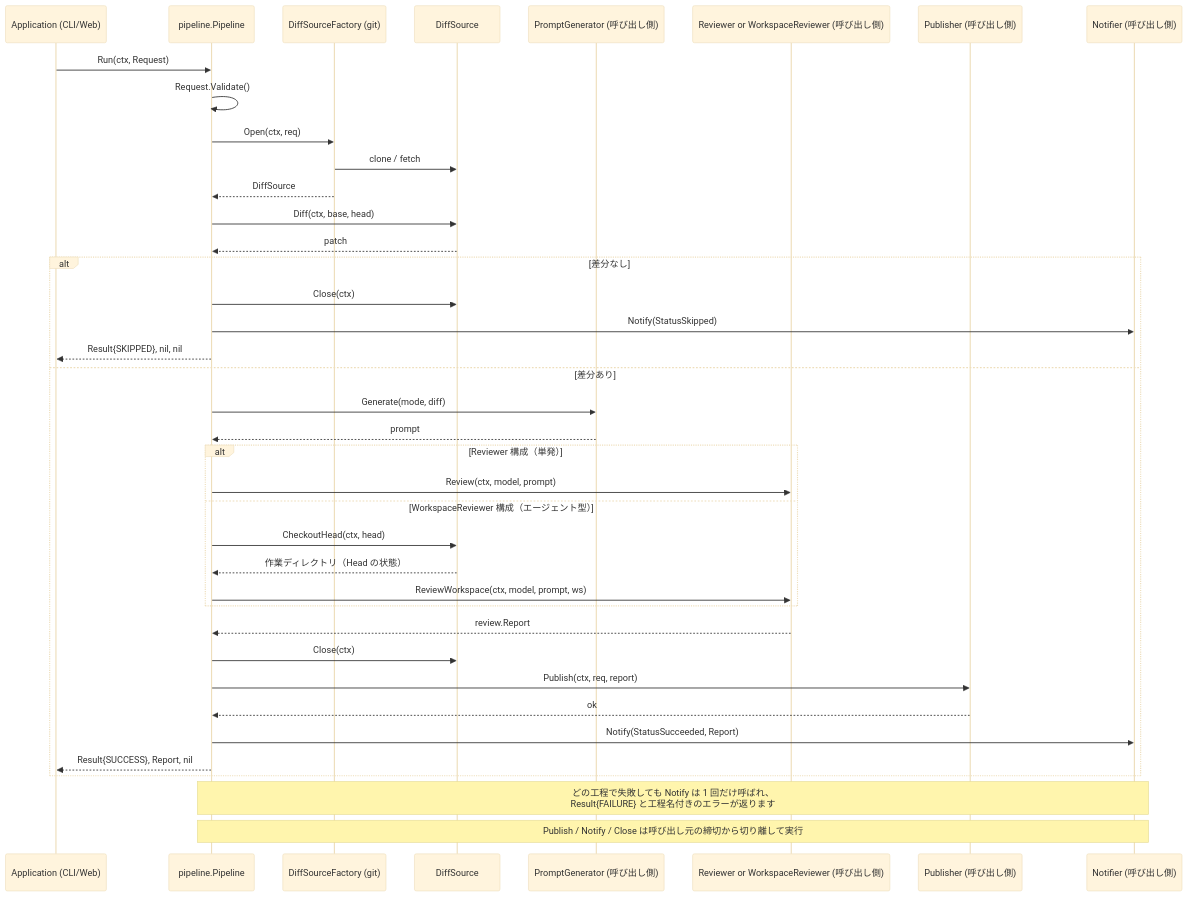
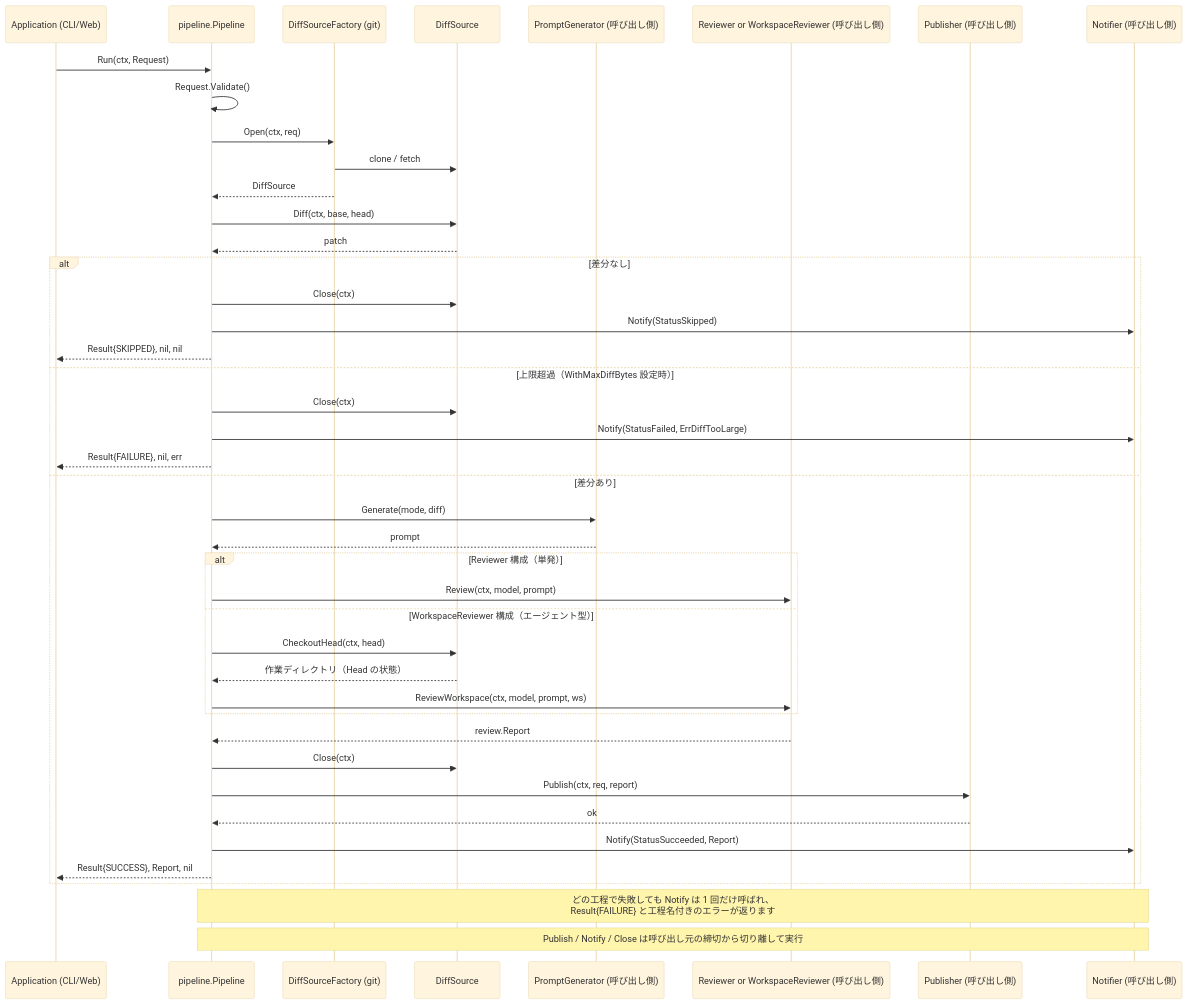
The diagram in README.md (shouni/go-review-kit), drawn with Mermaid (base theme) before and after one commit. The commit also changed other lines of this file and 4 other files, not shown here.

````diff
--- a/README.md
+++ b/README.md
@@ -263,46 +272,50 @@
 ```mermaid
 sequenceDiagram
     participant App as Application (CLI/Web)
     participant PL as pipeline.Pipeline
     participant SF as DiffSourceFactory (git)
     participant DS as DiffSource
     participant PG as PromptGenerator (呼び出し側)
     participant AI as Reviewer or WorkspaceReviewer (呼び出し側)
     participant PB as Publisher (呼び出し側)
     participant NT as Notifier (呼び出し側)
 
     App->>PL: Run(ctx, Request)
     PL->>PL: Request.Validate()
     PL->>SF: Open(ctx, req)
     SF->>DS: clone / fetch
     SF-->>PL: DiffSource
     PL->>DS: Diff(ctx, base, head)
     DS-->>PL: patch
 
     alt 差分なし
         PL->>DS: Close(ctx)
         PL->>NT: Notify(StatusSkipped)
         PL-->>App: Result{SKIPPED}, nil, nil
+    else 上限超過（WithMaxDiffBytes 設定時）
+        PL->>DS: Close(ctx)
+        PL->>NT: Notify(StatusFailed, ErrDiffTooLarge)
+        PL-->>App: Result{FAILURE}, nil, err
     else 差分あり
         PL->>PG: Generate(mode, diff)
         PG-->>PL: prompt
 
         alt Reviewer 構成（単発）
             PL->>AI: Review(ctx, model, prompt)
         else WorkspaceReviewer 構成（エージェント型）
             PL->>DS: CheckoutHead(ctx, head)
             DS-->>PL: 作業ディレクトリ（Head の状態）
             PL->>AI: ReviewWorkspace(ctx, model, prompt, ws)
         end
         AI-->>PL: review.Report
         PL->>DS: Close(ctx)
 
         PL->>PB: Publish(ctx, req, report)
         PB-->>PL: ok
         PL->>NT: Notify(StatusSucceeded, Report)
         PL-->>App: Result{SUCCESS}, Report, nil
     end
 
     Note over PL,NT: どの工程で失敗しても Notify は 1 回だけ呼ばれ、<br/>Result{FAILURE} と工程名付きのエラーが返ります
     Note over PL,NT: Publish / Notify / Close は呼び出し元の締切から切り離して実行
 ```
````
